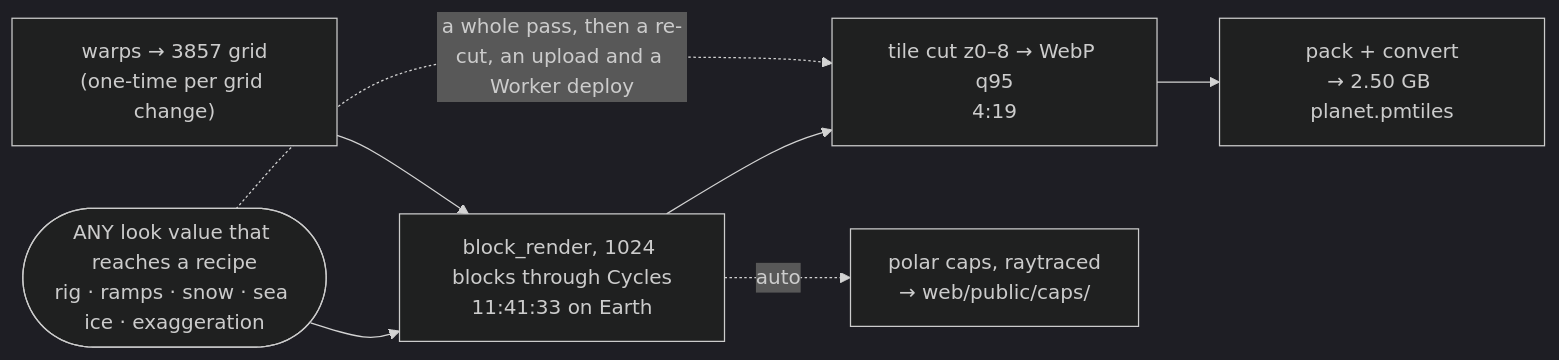
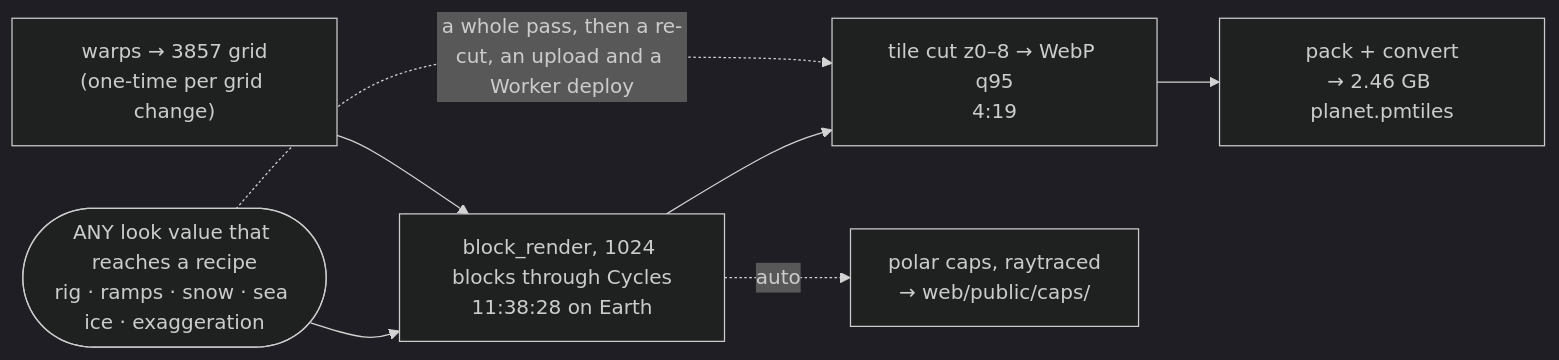
One commit to Alchez/terrella changed the diagram in docs/PROCESS.md. Above: the diagram before and after it, drawn with Mermaid (dark theme). The commit also changed other lines of this file and 4 other files, not shown here.

Commit message:
feat(tiles): Earth's relief ships as planet-v5, with bump shading, the cooler fill and the salt flats

````diff
--- a/docs/PROCESS.md
+++ b/docs/PROCESS.md
@@ -20,9 +20,9 @@
 ```mermaid
 flowchart LR
   LK(["ANY look value that reaches a recipe<br/>rig · ramps · snow · sea ice · exaggeration"]) --> R
 
-  W2["warps → 3857 grid<br/>(one-time per grid change)"] --> R["block_render, 1024 blocks through Cycles<br/>11:41:33 on Earth"] --> T2["tile cut z0–8 → WebP q95<br/>4:19"] --> PK2["pack + convert<br/>→ 2.50 GB planet.pmtiles"]
+  W2["warps → 3857 grid<br/>(one-time per grid change)"] --> R["block_render, 1024 blocks through Cycles<br/>11:38:28 on Earth"] --> T2["tile cut z0–8 → WebP q95<br/>4:19"] --> PK2["pack + convert<br/>→ 2.46 GB planet.pmtiles"]
   R -. auto .-> CAP2["polar caps, raytraced<br/>→ web/public/caps/"]
 
   LK -. "a whole pass, then a re-cut, an upload and a Worker deploy" .-> T2
 ```
````
